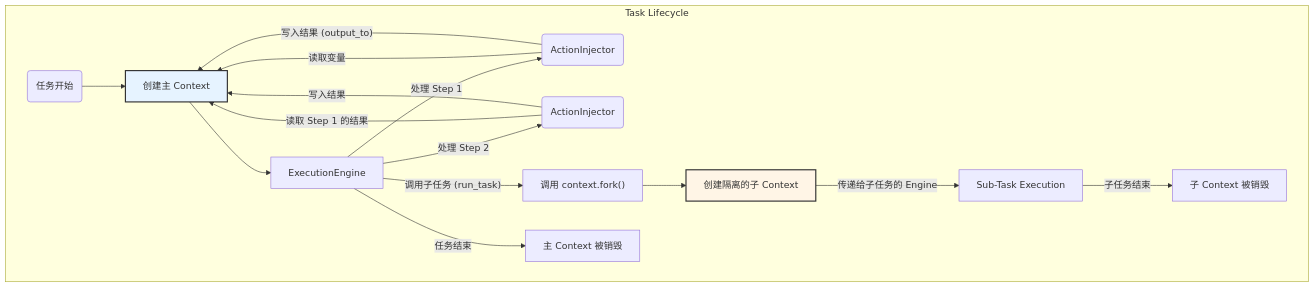
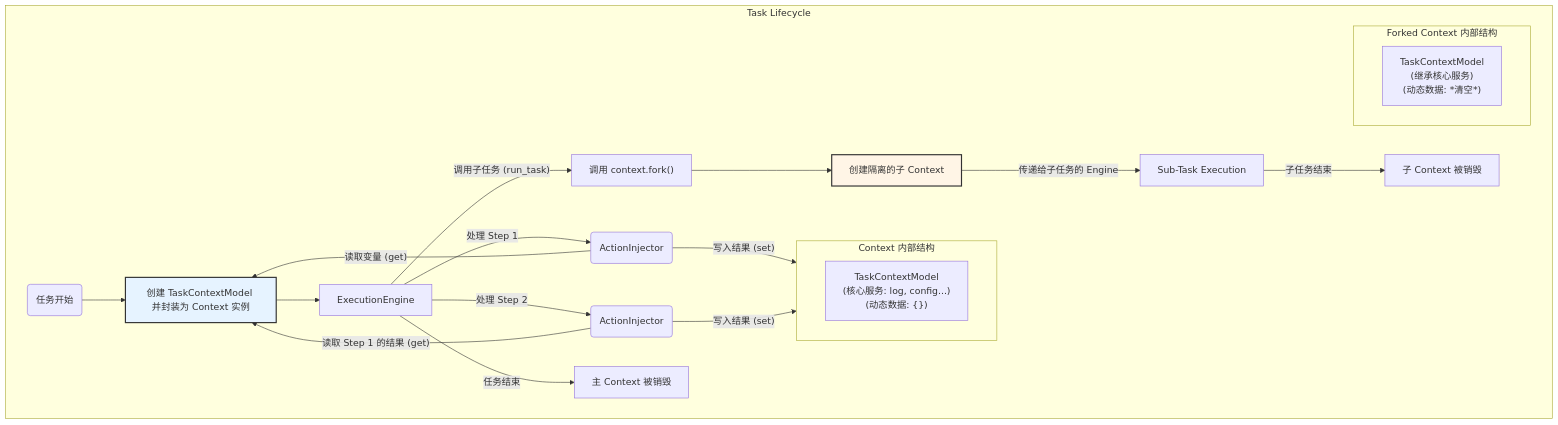
Before and after one commit to nightofknife/aura-framework: the diagram in readme/core_doc/context.md, drawn with Mermaid. The commit also changed other lines of this file and 22 other files, not shown here.

````diff
--- a/readme/core_doc/context.md
+++ b/readme/core_doc/context.md
@@ -21,25 +31,37 @@
 ```mermaid
 graph TD
     subgraph "Task Lifecycle"
-        Start("任务开始") --> A["创建主 Context"];
+        Start("任务开始") --> A["创建 TaskContextModel 并封装为 Context 实例"];
+        
+        subgraph "Context 内部结构"
+            direction LR
+            A_Model["TaskContextModel<br>(核心服务: log, config...)<br>(动态数据: {})"]
+        end
+        
         A --> B[ExecutionEngine];
         
         B -- "处理 Step 1" --> C1(ActionInjector);
-        C1 -- "读取变量" --> A;
-        C1 -- "写入结果 (output_to)" --> A;
+        C1 -- "读取变量 (get)" --> A;
+        C1 -- "写入结果 (set)" --> A_Model;
 
         B -- "处理 Step 2" --> C2(ActionInjector);
-        C2 -- "读取 Step 1 的结果" --> A;
-        C2 -- "写入结果" --> A;
+        C2 -- "读取 Step 1 的结果 (get)" --> A;
+        C2 -- "写入结果 (set)" --> A_Model;
 
         B -- "调用子任务 (run_task)" --> F["调用 context.fork()"];
         F --> G["创建隔离的子 Context"];
+        
+        subgraph "Forked Context 内部结构"
+            direction LR
+            G_Model["TaskContextModel<br>(继承核心服务)<br>(动态数据: *清空*)"]
+        end
+        
         G -- "传递给子任务的 Engine" --> H[Sub-Task Execution];
         
         H -- "子任务结束" --> I["子 Context 被销毁"];
         B -- "任务结束" --> J["主 Context 被销毁"];
     end
 
     style A fill:#e6f3ff,stroke:#333,stroke-width:2px
     style G fill:#fff5e6,stroke:#333,stroke-width:2px
 ```
````
